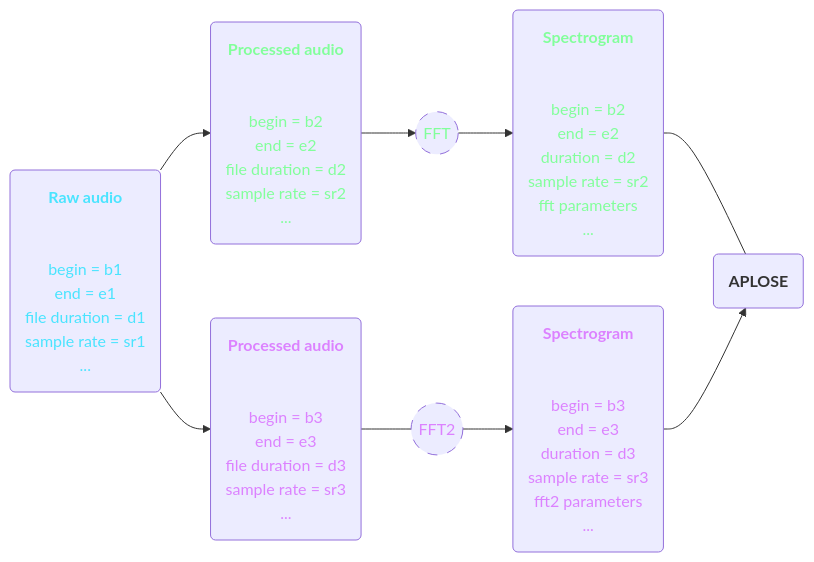
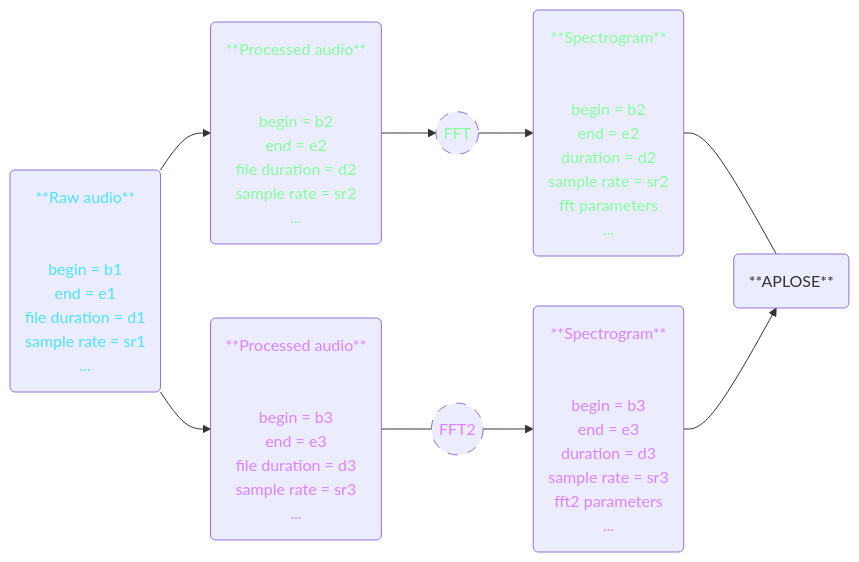
The fifth of 5 diagrams in slides/objectif.qmd (Gautzilla/OSEkit_rework_presentation), drawn with Mermaid before and after one commit. The commit also changed other lines of this file and 11 other files, not shown here.

Commit message:
better mermaid graphs

````diff
--- a/slides/objectif.qmd
+++ b/slides/objectif.qmd
@@ -126,67 +287,67 @@
 ```{mermaid}
 flowchart LR
-  raw("`**Raw audio**`"
+  raw(**Raw audio**
   <br>
   begin = b1
   end = e1
   file duration = d1
   sample rate = sr1
   ...
   ) 
-  --> 
-  processed("`**Processed audio**`"
+  -->
+  processed(**Processed audio**
   <br>
   begin = b2
   end = e2
   file duration = d2
   sample rate = sr2
   ...
   ) 
   -->
   FFT((FFT))
   -->
-  spectro("`**Spectrogram**`"
+  spectro(**Spectrogram**
   <br>
   begin = b2
   end = e2
   duration = d2
   sample rate = sr2
   fft parameters
   ...
   ) 
   ---
-  aplose("`**APLOSE**`") 
+  aplose(**APLOSE**) 
 
   raw
   --> 
-  processed2("`**Processed audio**`"
+  processed2(**Processed audio**
   <br>
   begin = b3
   end = e3
   file duration = d3
   sample rate = sr3
   ...
   ) 
   ---
   FFT2((FFT2))
   -->
-  spectro2("`**Spectrogram**`"
+  spectro2(**Spectrogram**
   <br>
   begin = b3
   end = e3
   duration = d3
   sample rate = sr3
   fft2 parameters
   ...
   ) 
   --> 
   aplose
 
   style raw color:#4ae4ff
   style processed color:#82ff9b
   style spectro color:#82ff9b
   style FFT stroke-width:1px,stroke-dasharray: 10, color: #82ff9b
   style processed2 color:#dc82ff
   style spectro2 color:#dc82ff
   style FFT2 stroke-width:1px,stroke-dasharray: 10, color: #dc82ff
 ```
````
